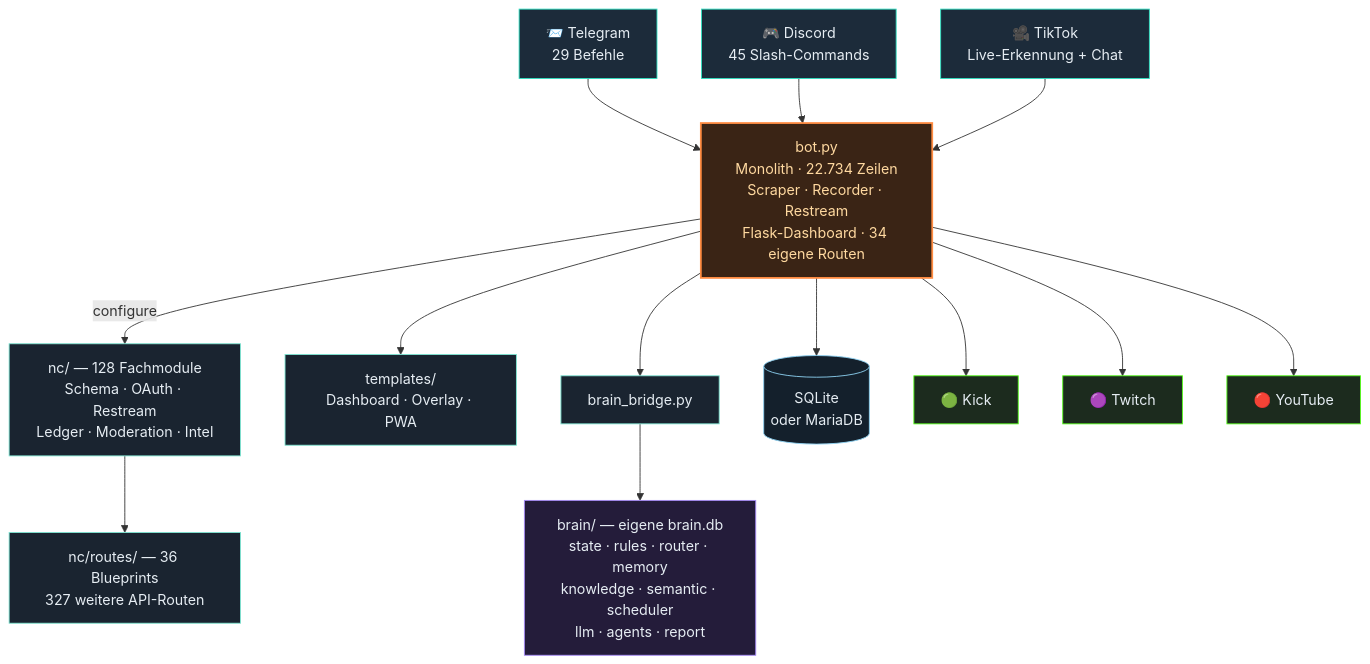
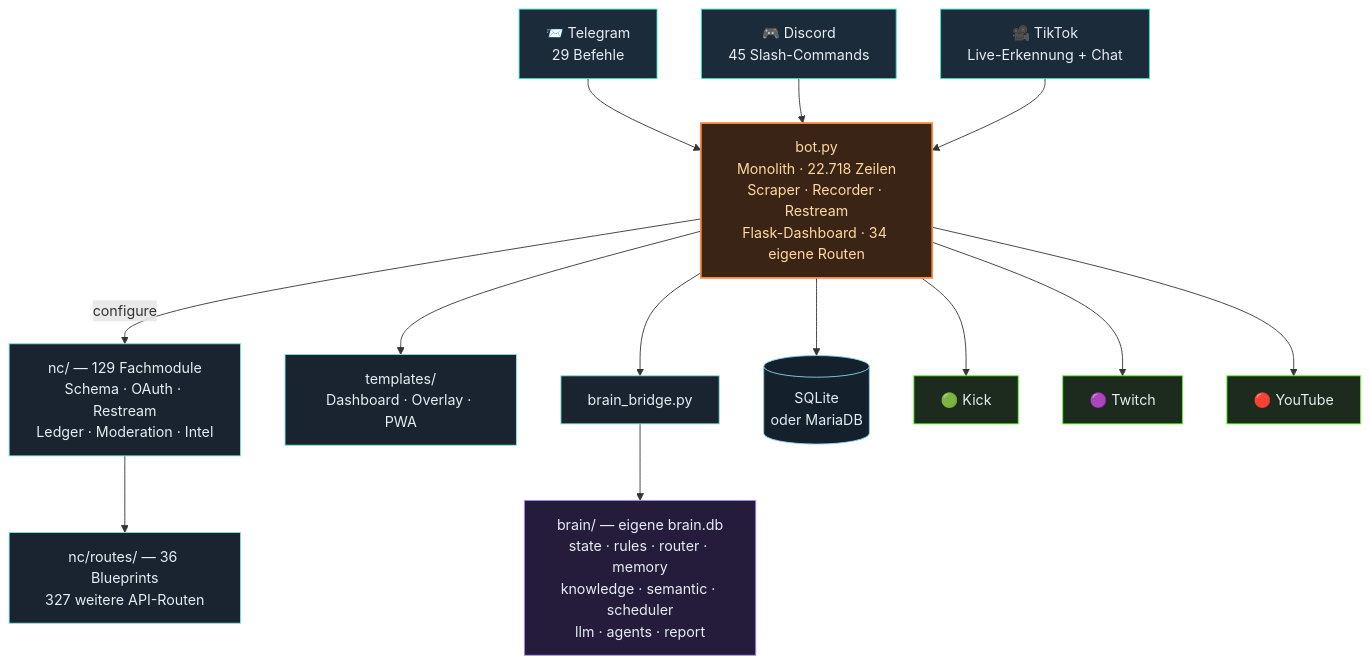
The third of 4 diagrams in README.md (itsamemedev/Telegram-Stream-Info-Bot), drawn with Mermaid before and after one commit. The commit also changed other lines of this file and 8 other files, not shown here.

````diff
--- a/README.md
+++ b/README.md
@@ -189,30 +189,30 @@
 ```mermaid
 flowchart TB
     TG["📨 Telegram<br/>29 Befehle"]:::ein
     DC["🎮 Discord<br/>45 Slash-Commands"]:::ein
     TT["🎥 TikTok<br/>Live-Erkennung + Chat"]:::ein
 
     TG --> BOT
     DC --> BOT
     TT --> BOT
 
-    BOT["bot.py<br/>Monolith · 22.734 Zeilen<br/>Scraper · Recorder · Restream<br/>Flask-Dashboard · 34 eigene Routen"]:::core
+    BOT["bot.py<br/>Monolith · 22.718 Zeilen<br/>Scraper · Recorder · Restream<br/>Flask-Dashboard · 34 eigene Routen"]:::core
 
-    BOT -->|configure| NC["nc/ — 128 Fachmodule<br/>Schema · OAuth · Restream<br/>Ledger · Moderation · Intel"]:::lib
+    BOT -->|configure| NC["nc/ — 129 Fachmodule<br/>Schema · OAuth · Restream<br/>Ledger · Moderation · Intel"]:::lib
     NC --> RT["nc/routes/ — 36 Blueprints<br/>327 weitere API-Routen"]:::lib
     BOT --> TPL["templates/<br/>Dashboard · Overlay · PWA"]:::lib
     BOT --> BR["brain_bridge.py"]:::lib
     BR --> BRAIN["brain/ — eigene brain.db<br/>state · rules · router · memory<br/>knowledge · semantic · scheduler<br/>llm · agents · report"]:::brain
     BOT --> DB[("SQLite<br/>oder MariaDB")]:::db
 
     BOT --> KICK["🟢 Kick"]:::out
     BOT --> TW["🟣 Twitch"]:::out
     BOT --> YT["🔴 YouTube"]:::out
 
     classDef ein fill:#1c2b3a,stroke:#2de1c2,color:#e6edf3
     classDef core fill:#3a2415,stroke:#ff8c42,stroke-width:2px,color:#ffd9a0
     classDef lib fill:#1a2430,stroke:#7fe7d4,color:#e6edf3
     classDef brain fill:#241c3a,stroke:#a78bfa,color:#e6edf3
     classDef db fill:#14202c,stroke:#8fd3f4,color:#e6edf3
     classDef out fill:#1c2b1e,stroke:#53fc18,color:#e6edf3
 ```
````
